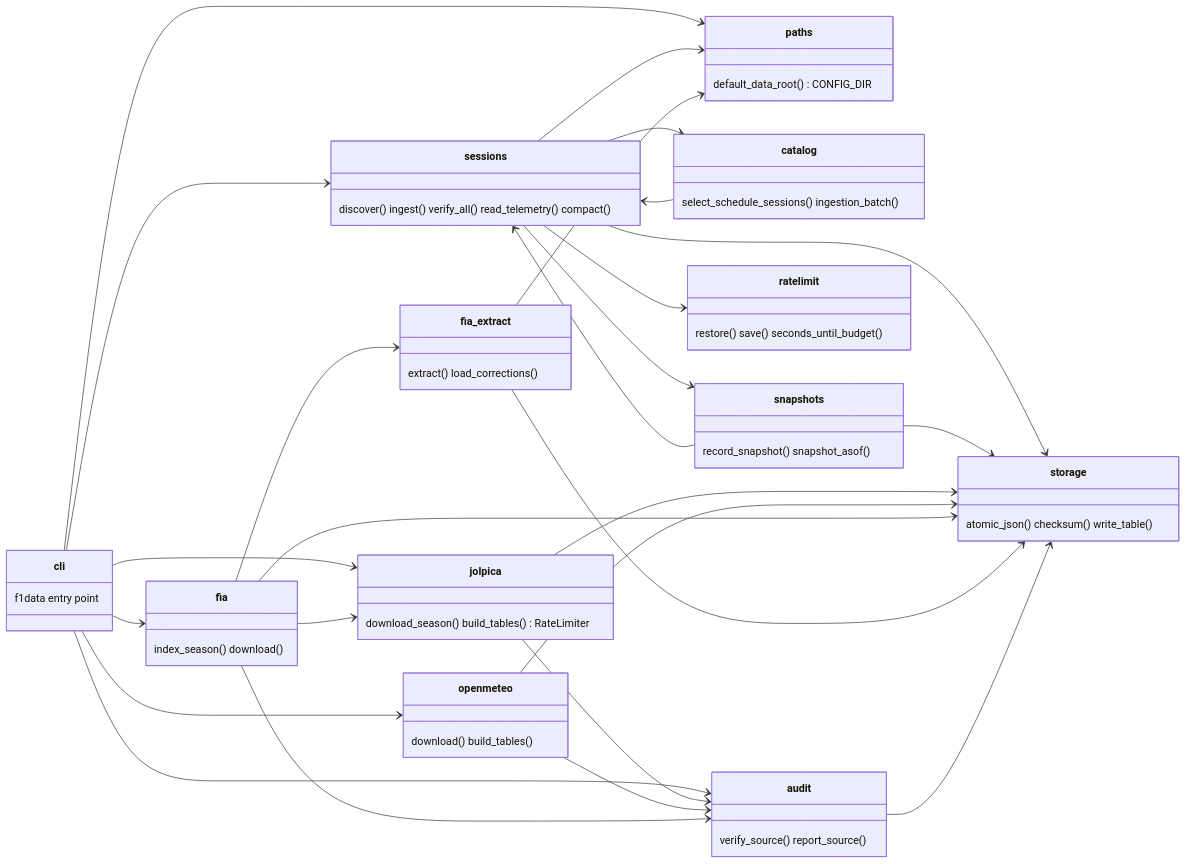
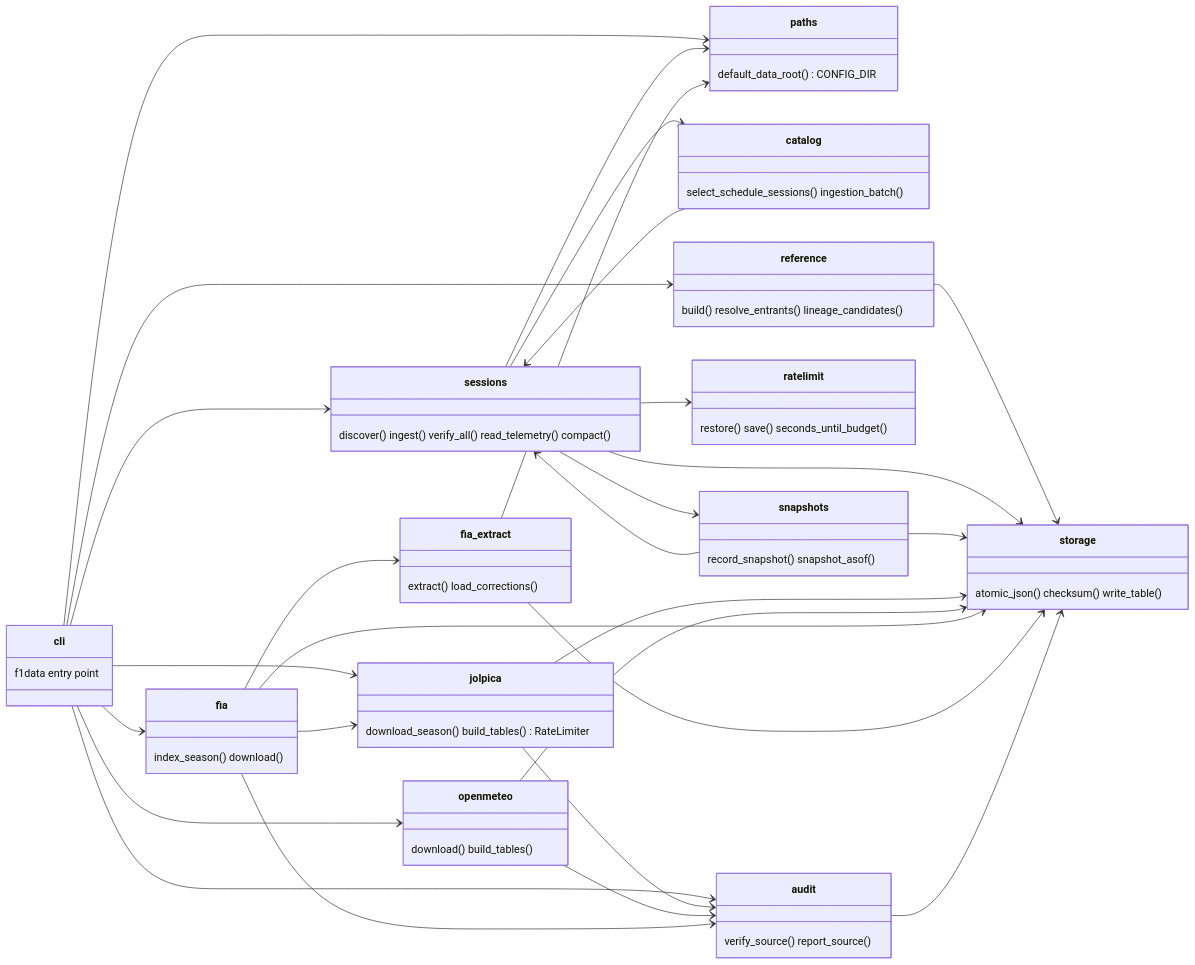
Before and after one commit to adityapandeydev/F1Stratagem: the second of 4 diagrams in design/data-archive.md, drawn with Mermaid. The commit also changed other lines of this file and 2 other files, not shown here.

First line of the commit message:
docs: reference tables and the prediction engine's evaluation foundation

````diff
--- a/design/data-archive.md
+++ b/design/data-archive.md
@@ -107,42 +109,45 @@
 ```mermaid
 classDiagram
     direction LR
     class cli { f1data entry point }
     class paths { default_data_root() CONFIG_DIR }
     class storage { atomic_json() checksum() write_table() }
     class sessions { discover() ingest() verify_all() read_telemetry() compact() }
     class catalog { select_schedule_sessions() ingestion_batch() }
     class snapshots { record_snapshot() snapshot_asof() }
     class ratelimit { restore() save() seconds_until_budget() }
     class jolpica { download_season() build_tables() RateLimiter }
     class openmeteo { download() build_tables() }
     class fia { index_season() download() }
     class fia_extract { extract() load_corrections() }
     class audit { verify_source() report_source() }
+    class reference { build() resolve_entrants() lineage_candidates() }
 
     cli --> sessions
     cli --> jolpica
     cli --> openmeteo
     cli --> fia
     cli --> audit
     cli --> paths
+    cli --> reference
+    reference --> storage
     sessions --> catalog
     sessions --> snapshots
     sessions --> ratelimit
     sessions --> storage
     sessions --> paths
     catalog --> sessions
     snapshots --> sessions
     snapshots --> storage
     jolpica --> storage
     jolpica --> audit
     openmeteo --> storage
     openmeteo --> audit
     fia --> jolpica
     fia --> fia_extract
     fia --> storage
     fia --> audit
     fia_extract --> storage
     fia_extract --> paths
     audit --> storage
 ```
````
